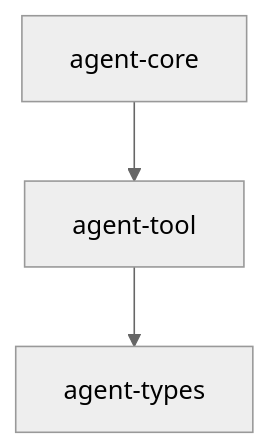
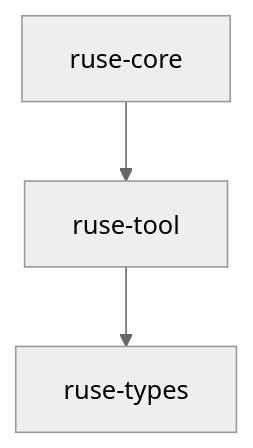
One commit to poneding/agent changed the diagram in docs/specs/M02-01-tool-registry.spec.md. Above: the diagram before and after it, drawn with Mermaid (neutral theme). The commit also changed other lines of this file and 2091 other files, not shown here.

First line of the commit message:
refactor: rename agent branding to ruse

````diff
--- a/docs/specs/M02-01-tool-registry.spec.md
+++ b/docs/specs/M02-01-tool-registry.spec.md
@@ -34,5 +34,5 @@
 ```mermaid
 flowchart TD
-  agent_core["agent-core"] --> agent_tool["agent-tool"]
-  agent_tool --> agent_types["agent-types"]
+  ruse_core["ruse-core"] --> ruse_tool["ruse-tool"]
+  ruse_tool --> ruse_types["ruse-types"]
 ```
````
